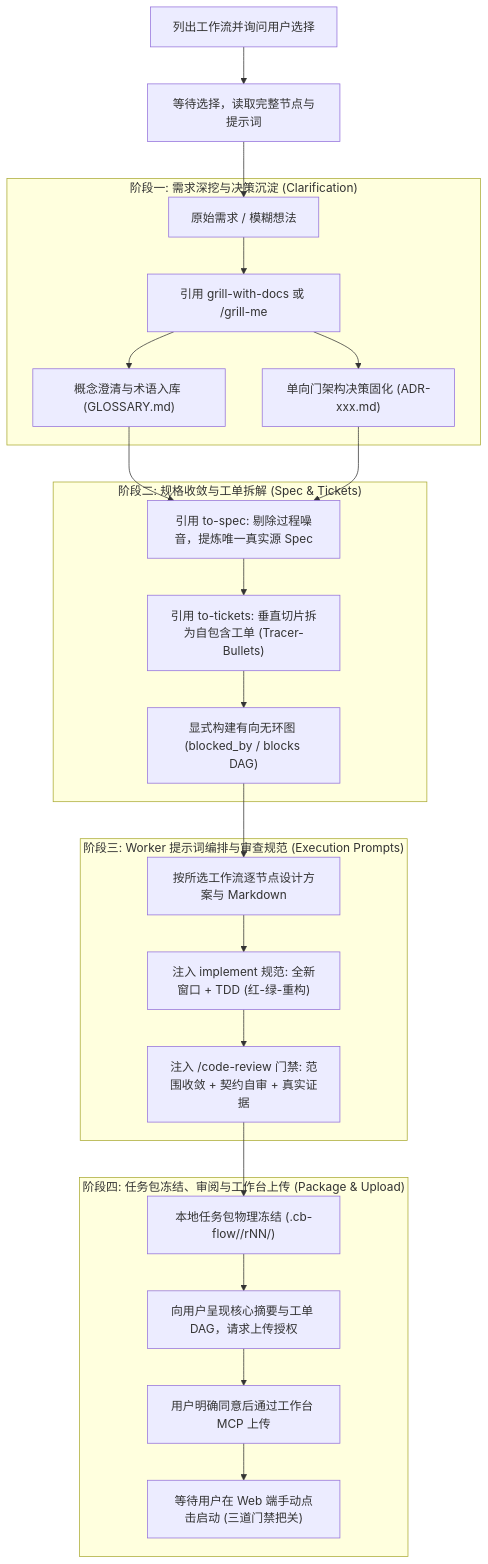
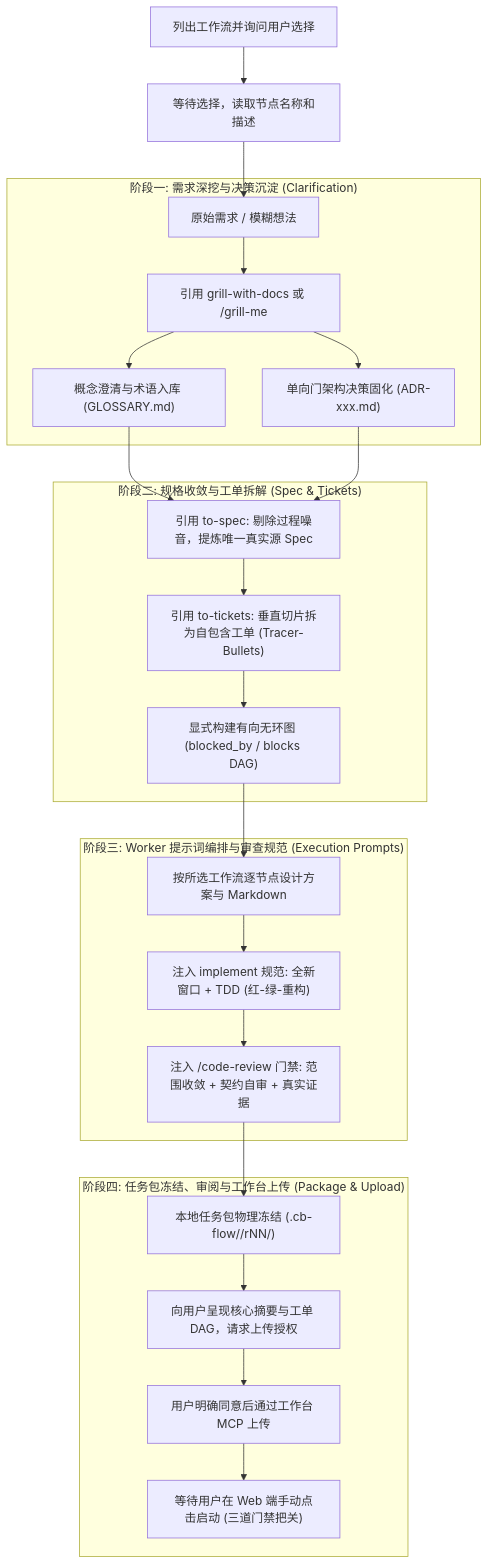
Before and after one commit to BLuIshCB/CBWorkBench: the diagram in skills/cb-flow/SKILL.md, drawn with Mermaid. The commit also changed other lines of this file and 16 other files, not shown here.

````diff
--- a/skills/cb-flow/SKILL.md
+++ b/skills/cb-flow/SKILL.md
@@ -24,29 +24,29 @@
 ```mermaid
 flowchart TD
-    F0["列出工作流并询问用户选择"] --> F1["等待选择，读取完整节点与提示词"]
+    F0["列出工作流并询问用户选择"] --> F1["等待选择，读取节点名称和描述"]
     F1 --> R0
     subgraph Phase1["阶段一: 需求深挖与决策沉淀 (Clarification)"]
         R0["原始需求 / 模糊想法"] --> R1["引用 grill-with-docs 或 /grill-me"]
         R1 --> R2["概念澄清与术语入库 (GLOSSARY.md)"]
         R1 --> R3["单向门架构决策固化 (ADR-xxx.md)"]
     end
 
     subgraph Phase2["阶段二: 规格收敛与工单拆解 (Spec & Tickets)"]
         R2 & R3 --> S1["引用 to-spec: 剔除过程噪音，提炼唯一真实源 Spec"]
         S1 --> S2["引用 to-tickets: 垂直切片拆为自包含工单 (Tracer-Bullets)"]
         S2 --> S3["显式构建有向无环图 (blocked_by / blocks DAG)"]
     end
 
     subgraph Phase3["阶段三: Worker 提示词编排与审查规范 (Execution Prompts)"]
         S3 --> W1["按所选工作流逐节点设计方案与 Markdown"]
         W1 --> W2["注入 implement 规范: 全新窗口 + TDD (红-绿-重构)"]
         W2 --> W3["注入 /code-review 门禁: 范围收敛 + 契约自审 + 真实证据"]
     end
 
     subgraph Phase4["阶段四: 任务包冻结、审阅与工作台上传 (Package & Upload)"]
         W3 --> P1["本地任务包物理冻结 (.cb-flow/<task-key>/rNN/)"]
         P1 --> P2["向用户呈现核心摘要与工单 DAG，请求上传授权"]
         P2 --> P3["用户明确同意后通过工作台 MCP 上传"]
         P3 --> P4["等待用户在 Web 端手动点击启动 (三道门禁把关)"]
     end
 ```
````
